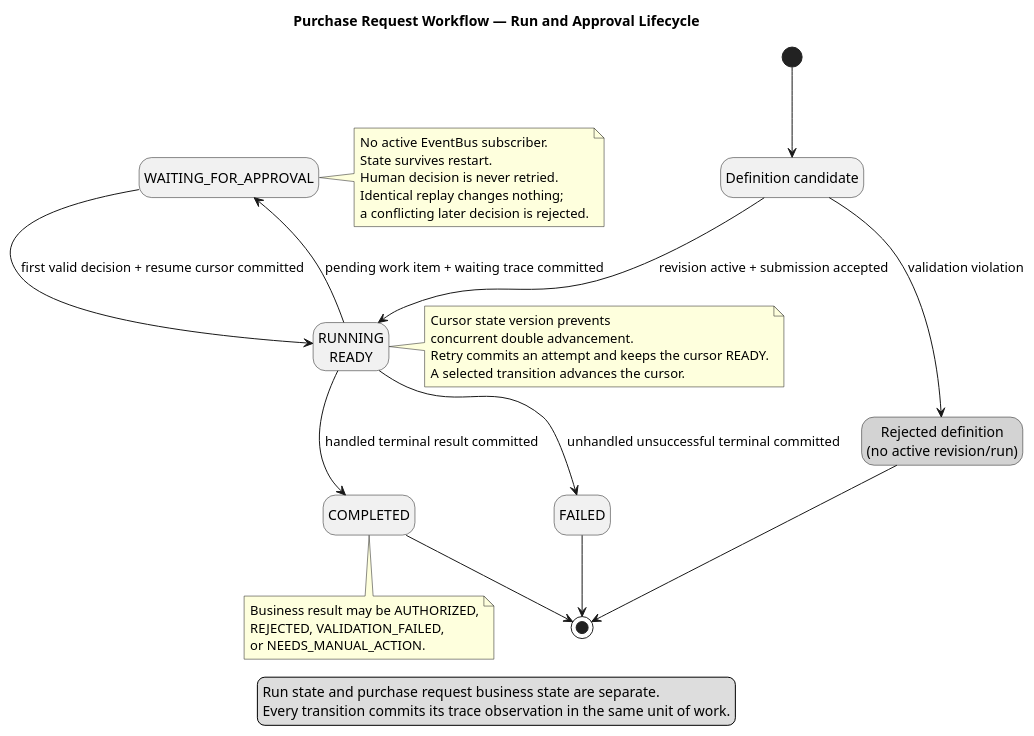
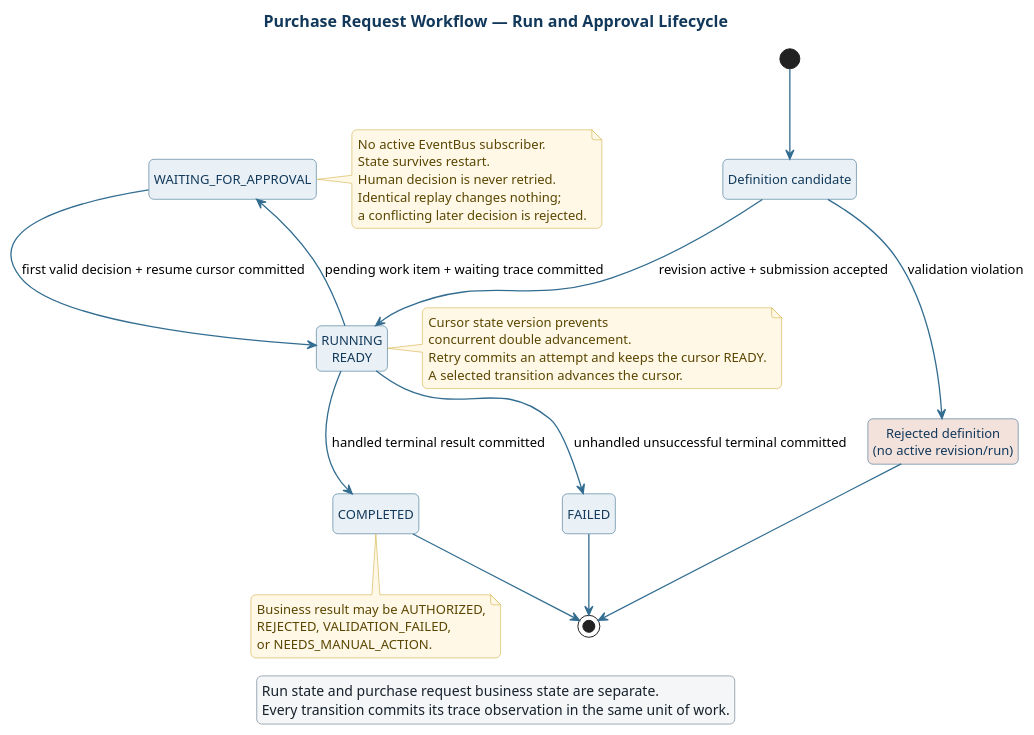
The diagram in docs/architecture/uml/run-state.puml (MAES1102/WMS), drawn with PlantUML before and after one commit. The commit also changed 24 other files, not shown here.

First line of the commit message:
docs: polish UML styling, rewrite final report, add live UI screenshots

```diff
--- a/docs/architecture/uml/run-state.puml
+++ b/docs/architecture/uml/run-state.puml
@@ -1,51 +1,77 @@
 @startuml
 title Purchase Request Workflow — Run and Approval Lifecycle
 hide empty description
 skinparam shadowing false
+skinparam backgroundColor white
+skinparam defaultFontName Helvetica
+skinparam defaultFontSize 13
+skinparam roundcorner 10
+skinparam ArrowColor #326d91
+skinparam ArrowThickness 1.3
+skinparam titleFontColor #12395b
+skinparam titleFontSize 16
+skinparam titleFontStyle bold
+skinparam state {
+  BackgroundColor #e9f1f6
+  BorderColor #1d567d
+  FontColor #12395b
+  StartColor #176b50
+  EndColor #ad3026
+}
+skinparam note {
+  BackgroundColor #fff8e7
+  BorderColor #c9a227
+  FontColor #5a4600
+}
+skinparam legend {
+  BackgroundColor #f4f6f8
+  BorderColor #9eabb7
+  FontColor #17212b
+}
 
 state "Definition candidate" as Candidate
-state "Rejected definition\n(no active revision/run)" as Rejected #LightGray
+state "Rejected definition\n(no active revision/run)" as Rejected #f3e1dc
 state "RUNNING\nREADY" as Ready
 state "WAITING_FOR_APPROVAL" as Waiting
 state "COMPLETED" as Completed
 state "FAILED" as Failed
 
 [*] --> Candidate
 Candidate --> Rejected : validation violation
 Rejected --> [*]
 Candidate --> Ready : revision active + submission accepted
 
 Ready --> Waiting : pending work item + waiting trace committed
 Waiting --> Ready : first valid decision + resume cursor committed
 Ready --> Completed : handled terminal result committed
 Ready --> Failed : unhandled unsuccessful terminal committed
 
 Completed --> [*]
 Failed --> [*]
 
 note right of Waiting
 No active EventBus subscriber.
 State survives restart.
 Human decision is never retried.
 Identical replay changes nothing;
 a conflicting later decision is rejected.
 end note
 
 note right of Ready
 Cursor state version prevents
 concurrent double advancement.
 Retry commits an attempt and keeps the cursor READY.
 A selected transition advances the cursor.
 end note
 
 note bottom of Completed
 Business result may be AUTHORIZED,
 REJECTED, VALIDATION_FAILED,
 or NEEDS_MANUAL_ACTION.
 end note
 
 legend
 Run state and purchase request business state are separate.
 Every transition commits its trace observation in the same unit of work.
 endlegend
 @enduml
```
